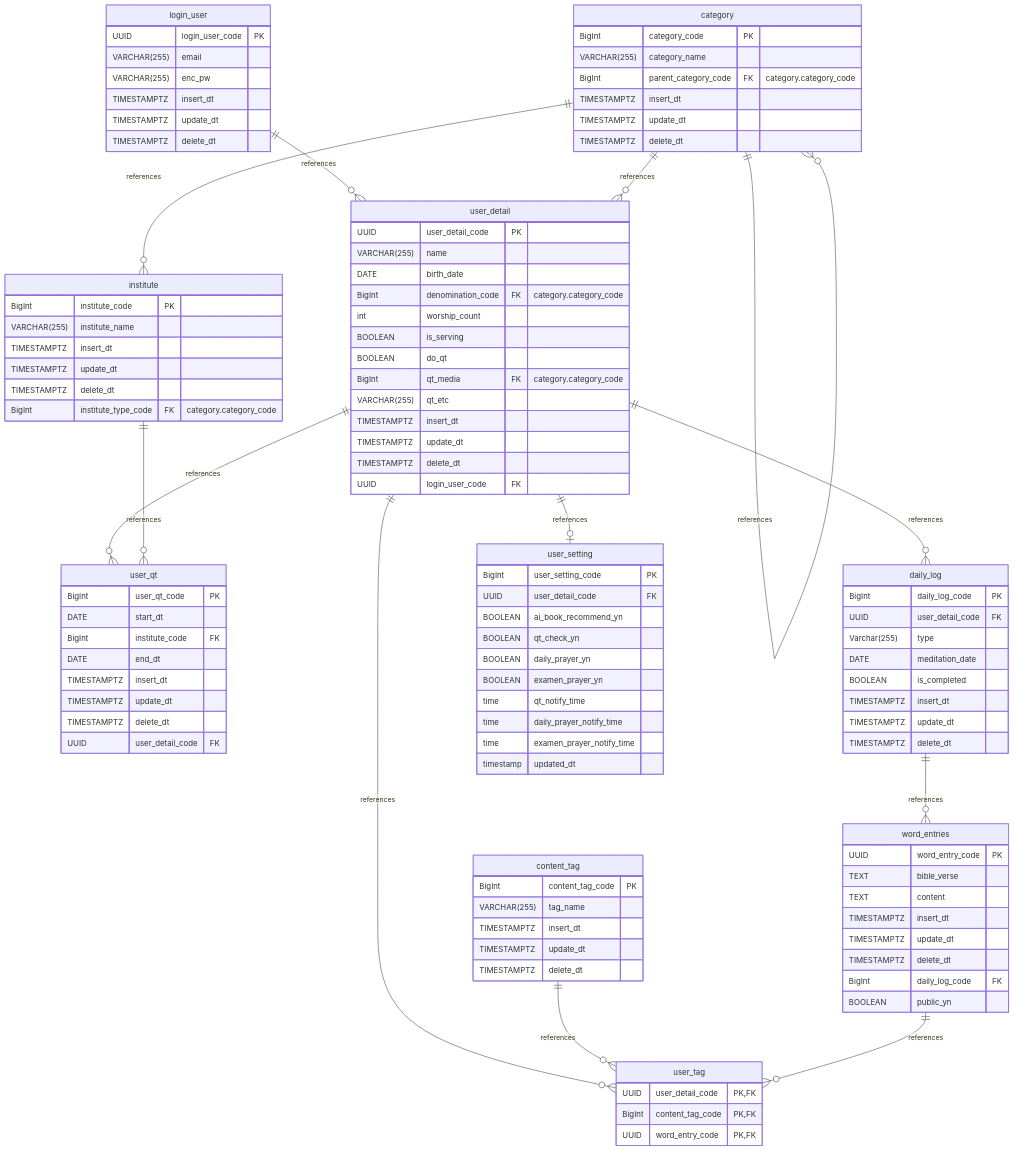
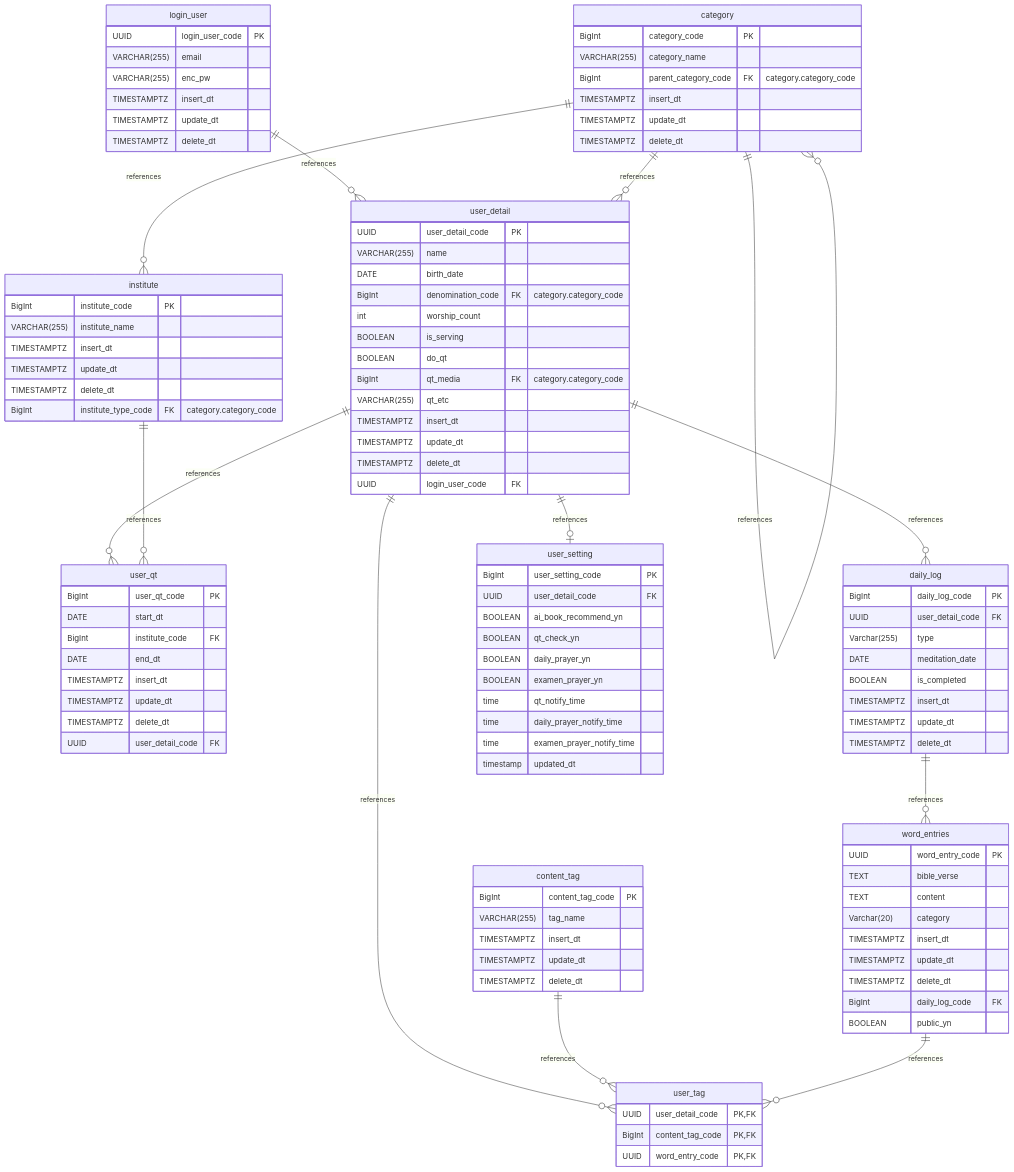
Before and after one commit to LinaShinDev/daily-word-log: the diagram in README.md, drawn with Mermaid.

```diff
--- a/README.md
+++ b/README.md
@@ -124,6 +124,7 @@
 		UUID word_entry_code PK
 		TEXT bible_verse
 		TEXT content
+		Varchar(20) category
 		TIMESTAMPTZ insert_dt
 		TIMESTAMPTZ update_dt
 		TIMESTAMPTZ delete_dt
```
